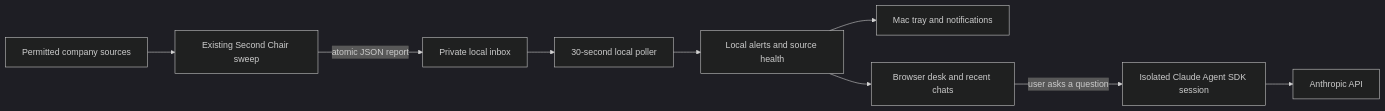
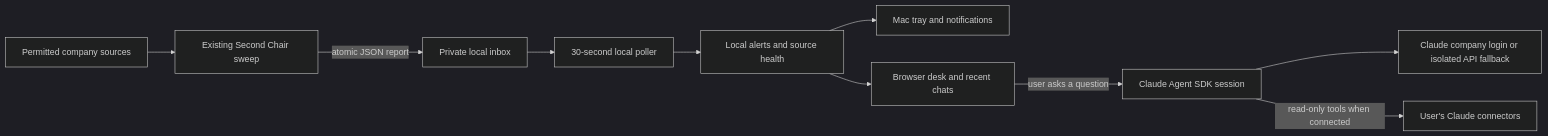
Before and after one commit to davidoliversteinberg/second-chair: the diagram in docs/architecture.md, drawn with Mermaid (dark theme). The commit also changed other lines of this file and 31 other files, not shown here.

````diff
--- a/docs/architecture.md
+++ b/docs/architecture.md
@@ -3,11 +3,12 @@
 ```mermaid
 flowchart LR
   Sources[Permitted company sources] --> Producer[Existing Second Chair sweep]
   Producer -->|atomic JSON report| Inbox[Private local inbox]
   Inbox --> Watcher[30-second local poller]
   Watcher --> State[Local alerts and source health]
   State --> Tray[Mac tray and notifications]
   State --> Desk[Browser desk and recent chats]
-  Desk -->|user asks a question| SDK[Isolated Claude Agent SDK session]
-  SDK --> Anthropic[Anthropic API]
+  Desk -->|user asks a question| SDK[Claude Agent SDK session]
+  SDK --> Anthropic[Claude company login or isolated API fallback]
+  SDK -->|read-only tools when connected| Connectors[User's Claude connectors]
 ```
````
